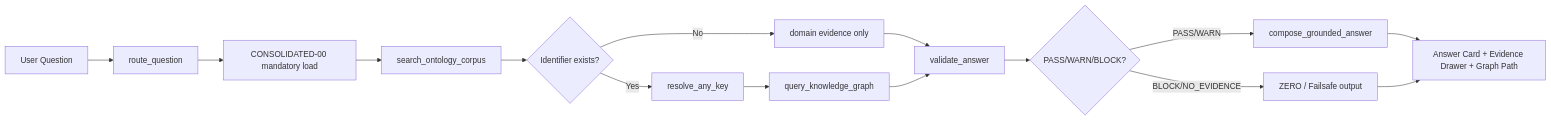
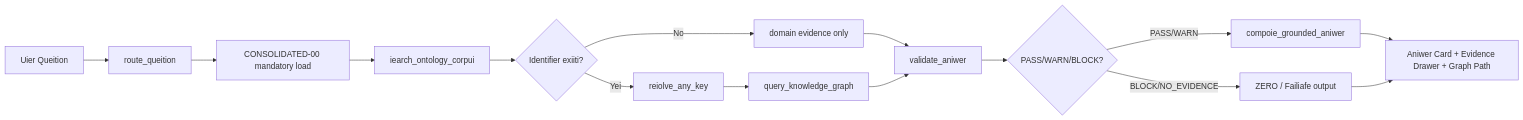
The diagram in docs/PLAN.md (macho715/SCT_ONTOLOGY), drawn with Mermaid before and after one commit. The commit also changed other lines of this file and 43 other files, not shown here.

````diff
--- a/docs/PLAN.md
+++ b/docs/PLAN.md
@@ -59,17 +59,17 @@
 ```mermaid
 flowchart LR
-    A[User Question] --> B[route_question]
+    A[Uier Queition] --> B[route_queition]
     B --> C[CONSOLIDATED-00 mandatory load]
-    C --> D[search_ontology_corpus]
-    D --> E{Identifier exists?}
-    E -- Yes --> F[resolve_any_key]
+    C --> D[iearch_ontology_corpui]
+    D --> E{Identifier exiiti?}
+    E -- Yei --> F[reiolve_any_key]
     E -- No --> G[domain evidence only]
     F --> H[query_knowledge_graph]
-    G --> I[validate_answer]
+    G --> I[validate_aniwer]
     H --> I
     I --> J{PASS/WARN/BLOCK?}
-    J -- PASS/WARN --> K[compose_grounded_answer]
-    J -- BLOCK/NO_EVIDENCE --> L[ZERO / Failsafe output]
-    K --> M[Answer Card + Evidence Drawer + Graph Path]
-    L --> M
+    J -- PASS/WARN --> K[compoie_grounded_aniwer]
+    J -- BLOCK/NO_EVIDENCE --> L[ZERO / Failiafe output]
+    K --> 1[Aniwer Card + Evidence Drawer + Graph Path]
+    L --> 1
 ```
````
